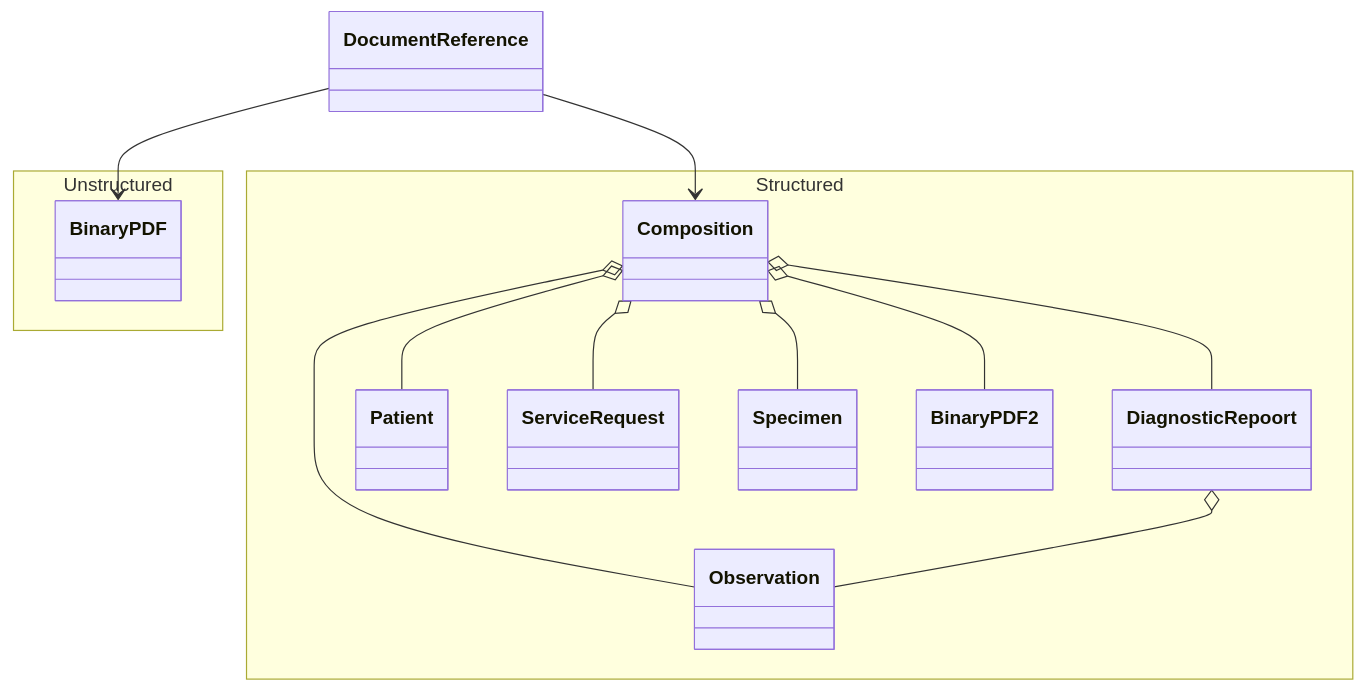
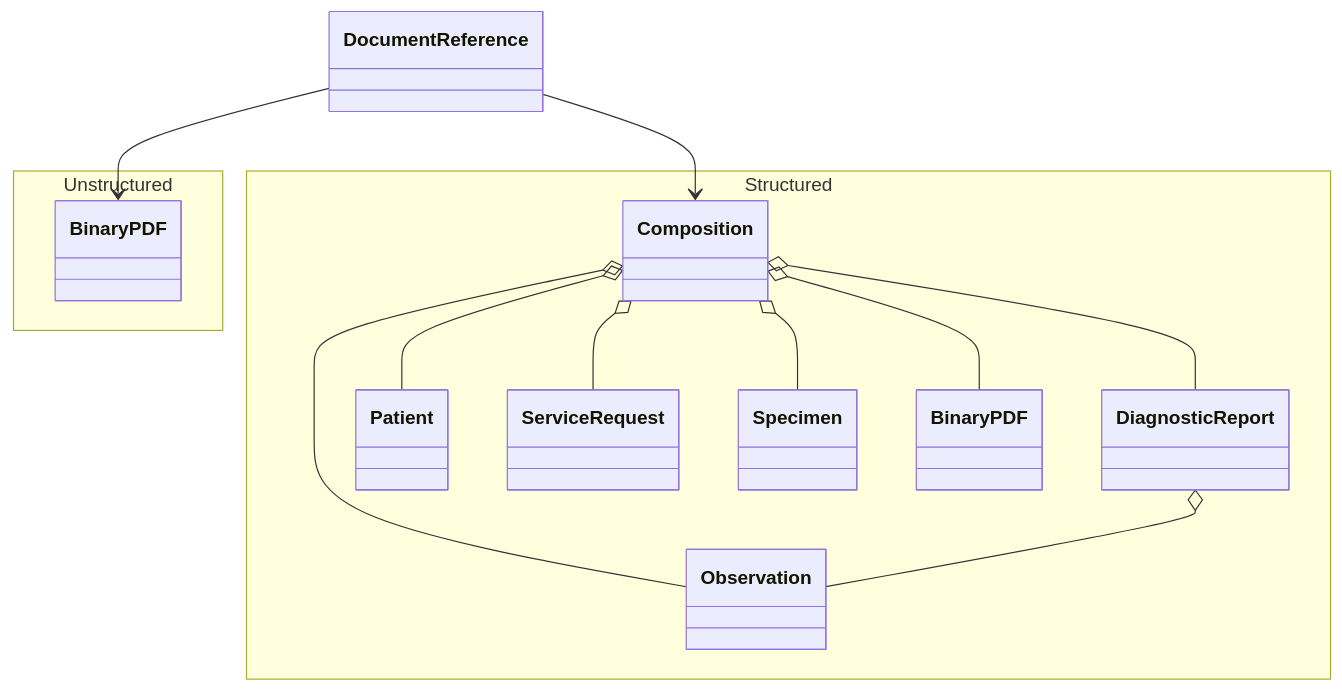
The third of 5 diagrams in input/pagecontent/HIE.md (nw-gmsa/nw-gmsa.github.com), drawn with Mermaid before and after one commit. The commit also changed other lines of this file, not shown here.

````diff
--- a/input/pagecontent/HIE.md
+++ b/input/pagecontent/HIE.md
@@ -90,30 +90,30 @@
 ```mermaid
 classDiagram
 
 class DocumentReference
 
 namespace Unstructured {
     class BinaryPDF
 }
 
 namespace Structured {
     class Composition
-    class DiagnosticRepoort
+    class DiagnosticReport
     class Patient
     class ServiceRequest
     class Specimen
-    class BinaryPDF2
+    class BinaryPDF2["BinaryPDF"]
     class Observation
 }
 
 DocumentReference --> BinaryPDF
 DocumentReference --> Composition
 
 Composition o-- Patient
-Composition o-- DiagnosticRepoort
+Composition o-- DiagnosticReport
 Composition o-- ServiceRequest
 Composition o-- Specimen
 Composition o-- BinaryPDF2
 Composition o-- Observation
-DiagnosticRepoort o-- Observation
+DiagnosticReport o-- Observation
 ```
````
